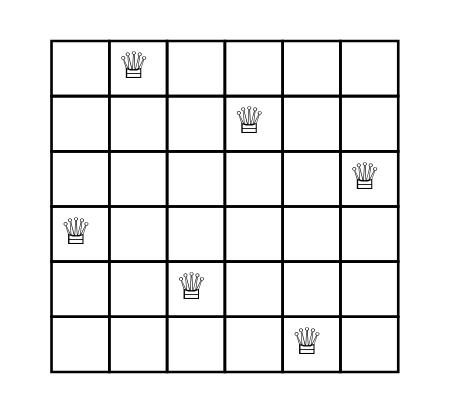
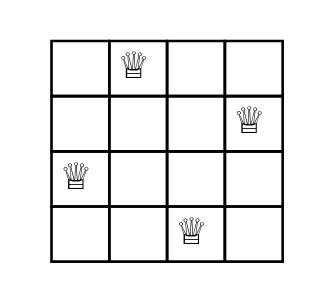
One commit to CSUNSA1704250/parallel-nqueens-problem-qts changed the diagram in solution.dot. Above: the diagram before and after it, drawn with Graphviz. The commit also changed 3 other files, not shown here.

Commit message:
graphviz

```diff
--- a/solution.dot
+++ b/solution.dot
@@ -1,14 +1,12 @@
 digraph D {
 	node [shape=plaintext]
 	some_node [
 	label=<
 		<table border="0" cellborder="1" cellspacing="0">
-			<tr><td> </td><td>&#9813; </td><td> </td><td> </td><td> </td><td> </td></tr>
-			<tr><td> </td><td> </td><td> </td><td>&#9813; </td><td> </td><td> </td></tr>
-			<tr><td> </td><td> </td><td> </td><td> </td><td> </td><td>&#9813; </td></tr>
-			<tr><td>&#9813; </td><td> </td><td> </td><td> </td><td> </td><td> </td></tr>
-			<tr><td> </td><td> </td><td>&#9813; </td><td> </td><td> </td><td> </td></tr>
-			<tr><td> </td><td> </td><td> </td><td> </td><td>&#9813; </td><td> </td></tr>
+			<tr><td> </td><td>&#9813; </td><td> </td><td> </td></tr>
+			<tr><td> </td><td> </td><td> </td><td>&#9813; </td></tr>
+			<tr><td>&#9813; </td><td> </td><td> </td><td> </td></tr>
+			<tr><td> </td><td> </td><td>&#9813; </td><td> </td></tr>
 		</table>>
 	];
 }
```
